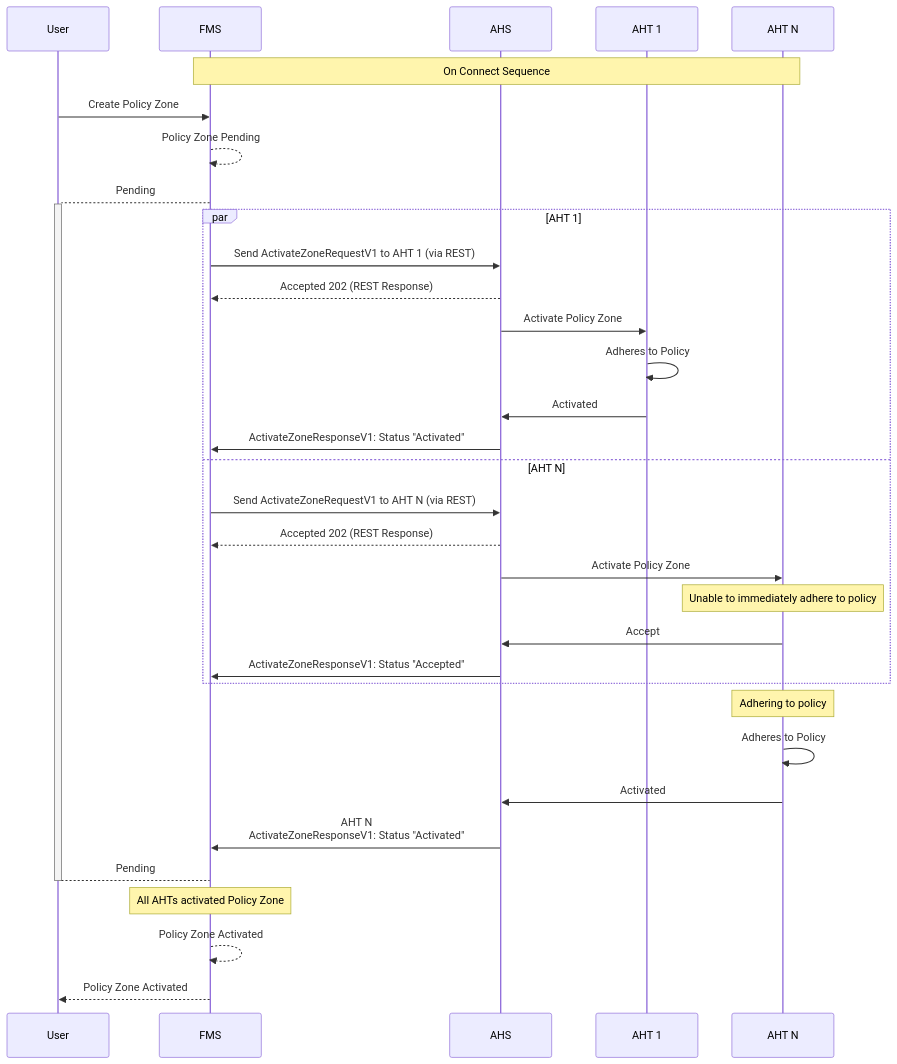
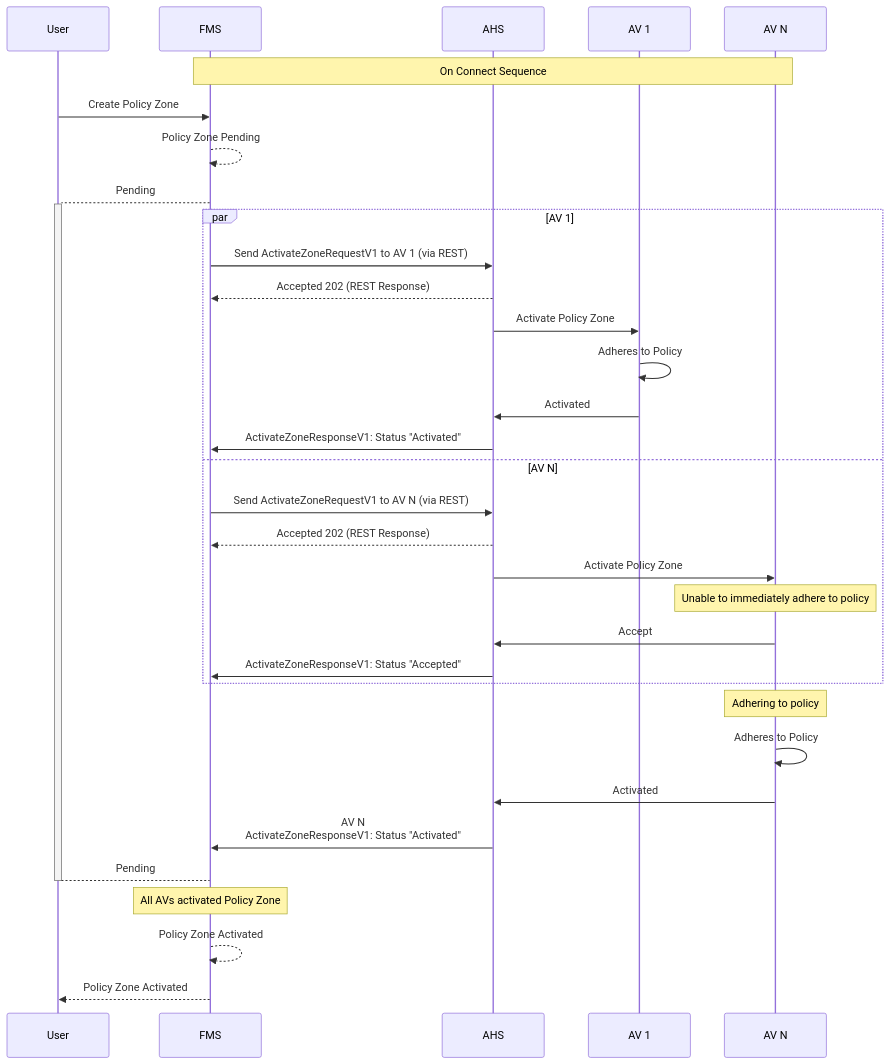
Before and after one commit to open-autonomy/zone: the fourth of 4 diagrams in diagram/PolicyZoneActivation.md, drawn with Mermaid. The commit also changed other lines of this file and 15 other files, not shown here.

````diff
--- a/diagram/PolicyZoneActivation.md
+++ b/diagram/PolicyZoneActivation.md
@@ -106,37 +106,37 @@
 ```mermaid
 sequenceDiagram
     participant User
     participant FMS
     participant AHS
-    participant AHT 1
-    participant AHT N
+    participant AV 1
+    participant AV N
 
-    Note over FMS,AHT N: On Connect Sequence
+    Note over FMS,AV N: On Connect Sequence
     User->>FMS: Create Policy Zone
     FMS-->>FMS: Policy Zone Pending
     FMS-->+User: Pending
-    par AHT 1
-        FMS->>AHS: Send ActivateZoneRequestV1 to AHT 1 (via REST)
+    par AV 1
+        FMS->>AHS: Send ActivateZoneRequestV1 to AV 1 (via REST)
         AHS-->>FMS: Accepted 202 (REST Response)
-        AHS->>AHT 1: Activate Policy Zone
-        AHT 1->>AHT 1: Adheres to Policy
-        AHT 1->>AHS: Activated
+        AHS->>AV 1: Activate Policy Zone
+        AV 1->>AV 1: Adheres to Policy
+        AV 1->>AHS: Activated
         AHS->>FMS: ActivateZoneResponseV1: Status "Activated"
-    and AHT N
-        FMS->>AHS: Send ActivateZoneRequestV1 to AHT N (via REST)
+    and AV N
+        FMS->>AHS: Send ActivateZoneRequestV1 to AV N (via REST)
         AHS-->>FMS: Accepted 202 (REST Response)
-        AHS->>AHT N: Activate Policy Zone
-        Note Over AHT N: Unable to immediately adhere to policy
-        AHT N->>AHS: Accept
+        AHS->>AV N: Activate Policy Zone
+        Note Over AV N: Unable to immediately adhere to policy
+        AV N->>AHS: Accept
         AHS->>FMS: ActivateZoneResponseV1: Status "Accepted"
     end 
-    Note Over AHT N: Adhering to policy
-    AHT N->>AHT N: Adheres to Policy
-    AHT N->>AHS: Activated
+    Note Over AV N: Adhering to policy
+    AV N->>AV N: Adheres to Policy
+    AV N->>AHS: Activated
     
-    AHS->>FMS: AHT N <br/> ActivateZoneResponseV1: Status "Activated"
+    AHS->>FMS: AV N <br/> ActivateZoneResponseV1: Status "Activated"
     User-->-FMS: Pending
-    Note Over FMS: All AHTs activated Policy Zone
+    Note Over FMS: All AVs activated Policy Zone
     FMS-->>FMS: Policy Zone Activated
     FMS-->>User: Policy Zone Activated
 ```
````
